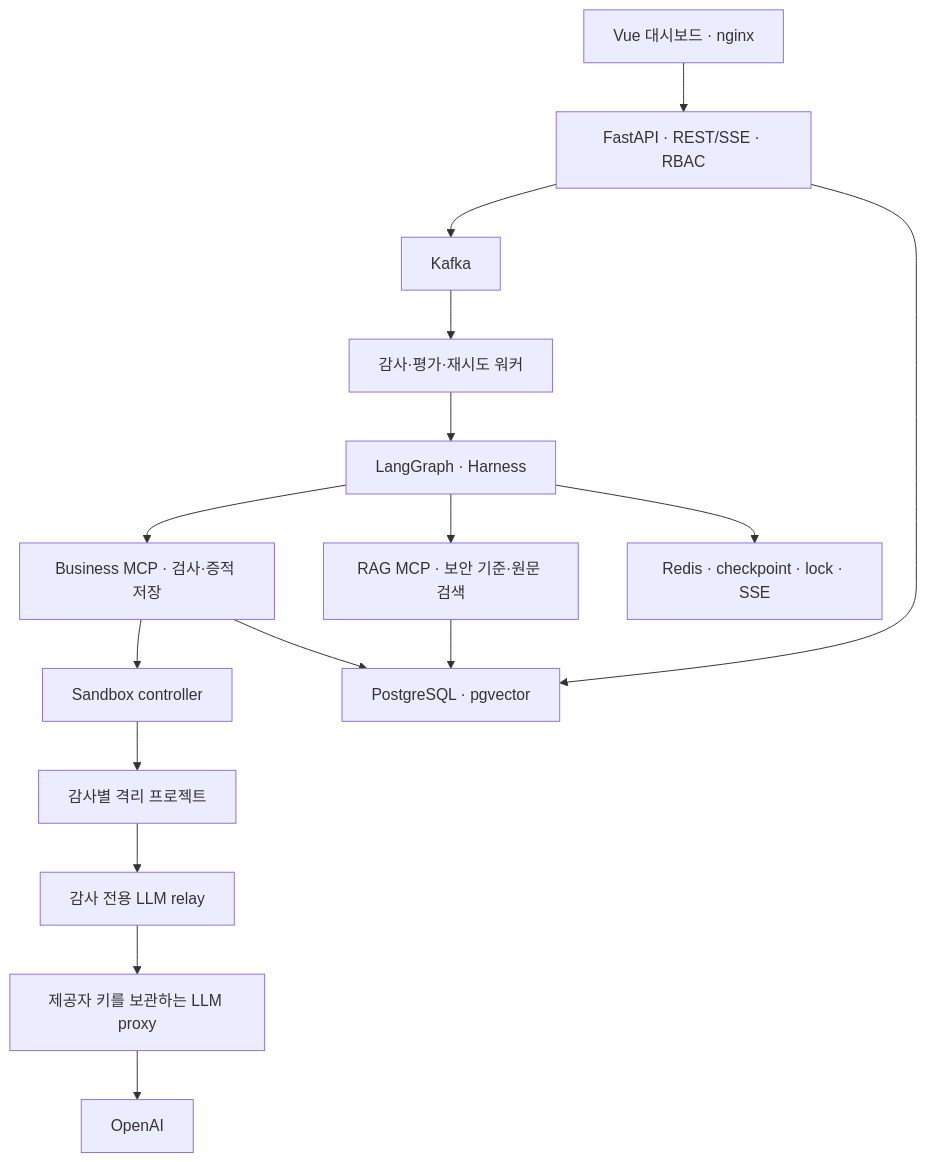
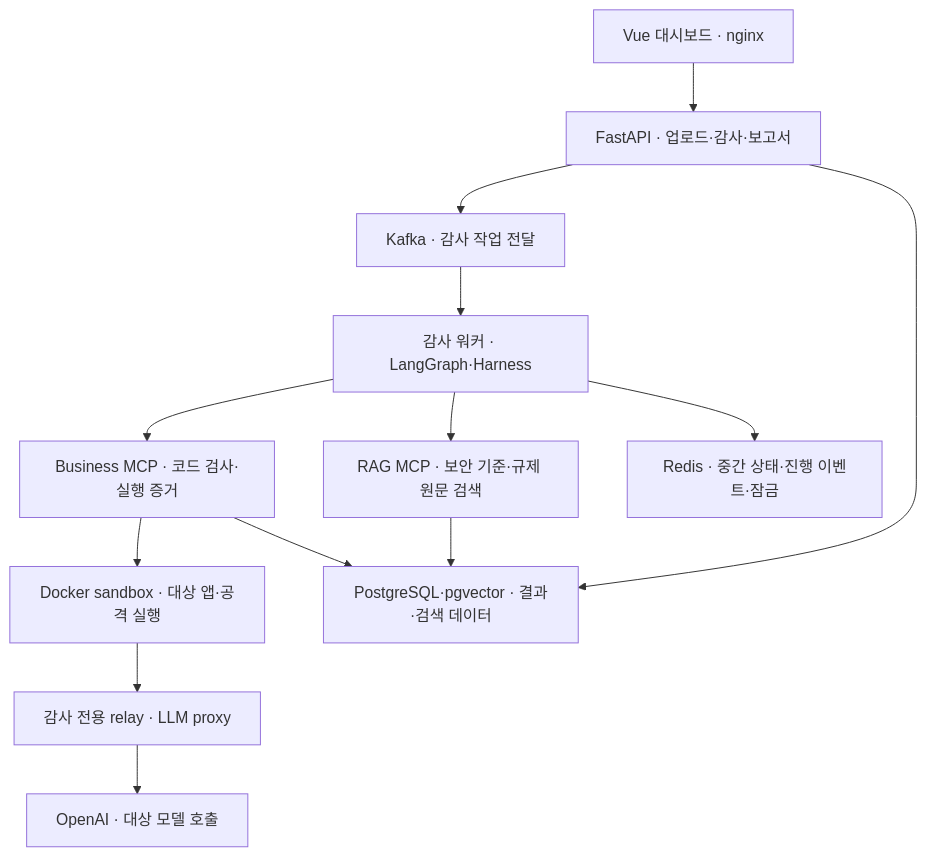
One commit to skala-pochita/SentraAI changed the second of 3 diagrams in README.md. Above: the diagram before and after it, drawn with Mermaid. The commit also changed other lines of this file, not shown here.

Commit message:
Explain audit and domestic legal risk review with user flows and screenshots

````diff
--- a/README.md
+++ b/README.md
@@ -62,18 +55,15 @@
 ```mermaid
 flowchart TB
-  UI["Vue 대시보드 · nginx"] --> API["FastAPI · REST/SSE · RBAC"]
-  API --> Queue["Kafka"]
-  Queue --> Worker["감사·평가·재시도 워커"]
-  Worker --> Graph["LangGraph · Harness"]
-  Graph --> Business["Business MCP · 검사·증적 저장"]
-  Graph --> RAG["RAG MCP · 보안 기준·원문 검색"]
-  Business --> Runner["Sandbox controller"]
-  Runner --> Target["감사별 격리 프로젝트"]
-  Target --> Relay["감사 전용 LLM relay"]
-  Relay --> Proxy["제공자 키를 보관하는 LLM proxy"]
-  Proxy --> OpenAI["OpenAI"]
-  API --> DB["PostgreSQL · pgvector"]
+  Web["Vue 대시보드 · nginx"] --> API["FastAPI · 업로드·감사·보고서"]
+  API --> Queue["Kafka · 감사 작업 전달"]
+  Queue --> Workers["감사 워커 · LangGraph·Harness"]
+  Workers --> Business["Business MCP · 코드 검사·실행 증거"]
+  Workers --> RAG["RAG MCP · 보안 기준·규제 원문 검색"]
+  Business --> Sandbox["Docker sandbox · 대상 앱·공격 실행"]
+  Sandbox --> Proxy["감사 전용 relay · LLM proxy"]
+  Proxy --> Model["OpenAI · 대상 모델 호출"]
+  API --> DB["PostgreSQL·pgvector · 결과·검색 데이터"]
   Business --> DB
   RAG --> DB
-  Graph --> Redis["Redis · checkpoint · lock · SSE"]
+  Workers --> Redis["Redis · 중간 상태·진행 이벤트·잠금"]
 ```
````
